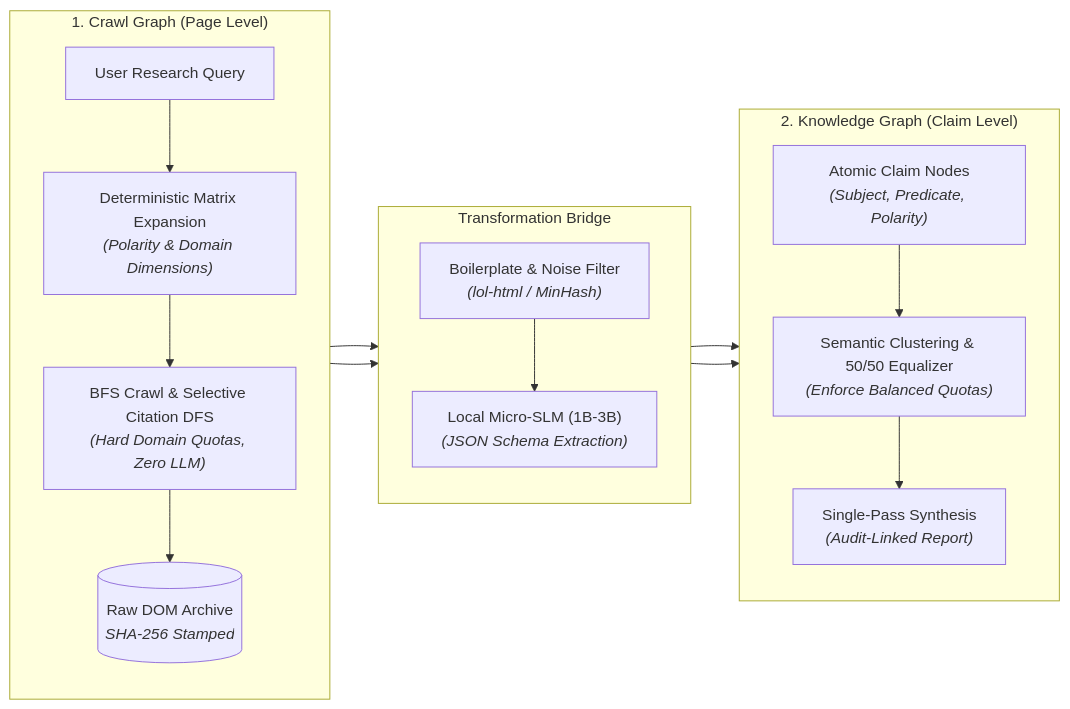
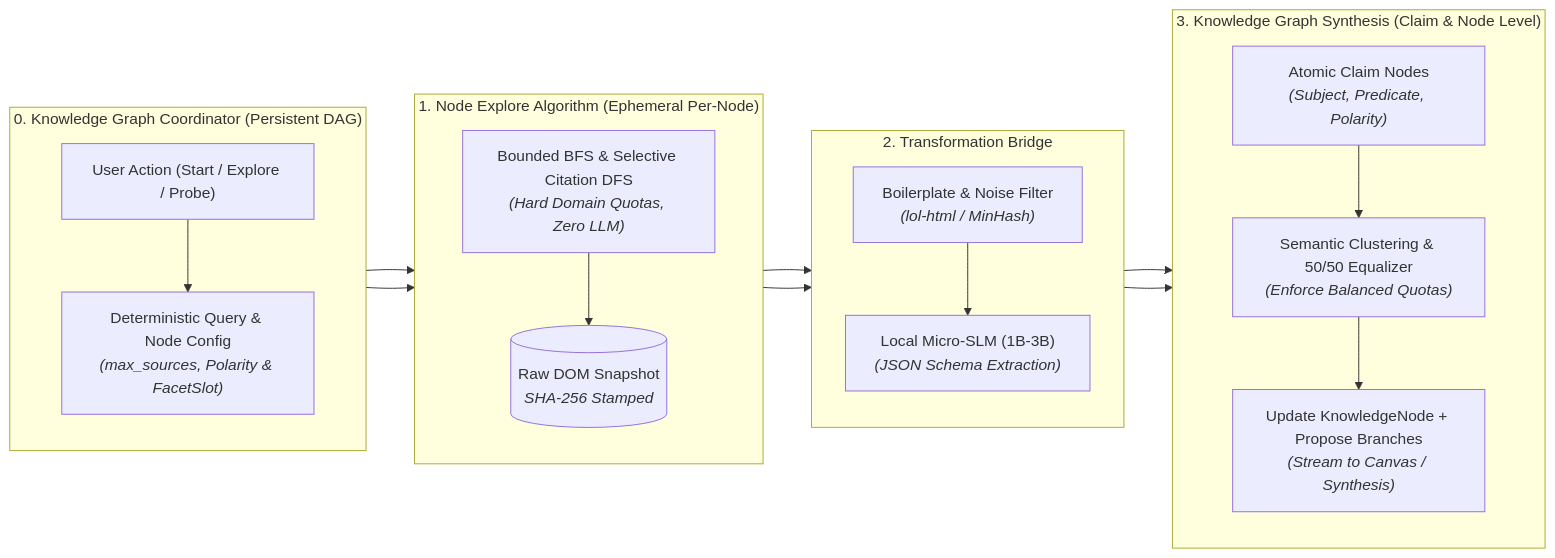
One commit to icedid/DumbDeepResearch changed the first of 2 diagrams in Docs/EngineArchitecture.md. Above: the diagram before and after it, drawn with Mermaid. The commit also changed other lines of this file and 32 other files, not shown here.

````diff
--- a/Docs/EngineArchitecture.md
+++ b/Docs/EngineArchitecture.md
@@ -86,24 +86,28 @@
 ```mermaid
 flowchart LR
-    subgraph G1 ["1. Crawl Graph (Page Level)"]
+    subgraph KG_Ctrl ["0. Knowledge Graph Coordinator (Persistent DAG)"]
         direction TB
-        Q["User Research Query"] --> EXP["Deterministic Matrix Expansion<br/><i>(Polarity & Domain Dimensions)</i>"]
-        EXP --> CRAWL["BFS Crawl & Selective Citation DFS<br/><i>(Hard Domain Quotas, Zero LLM)</i>"]
-        CRAWL --> DOM_AUDIT[("Raw DOM Archive<br/><i>SHA-256 Stamped</i>")]
+        Q["User Action (Start / Explore / Probe)"] --> EXP["Deterministic Query & Node Config<br/><i>(max_sources, Polarity & FacetSlot)</i>"]
     end
 
-    subgraph Bridge ["Transformation Bridge"]
+    subgraph G1 ["1. Node Explore Algorithm (Ephemeral Per-Node)"]
+        direction TB
+        EXP --> CRAWL["Bounded BFS & Selective Citation DFS<br/><i>(Hard Domain Quotas, Zero LLM)</i>"]
+        CRAWL --> DOM_AUDIT[("Raw DOM Snapshot<br/><i>SHA-256 Stamped</i>")]
+    end
+
+    subgraph Bridge ["2. Transformation Bridge"]
         direction TB
         DOM_AUDIT --> CLEAN["Boilerplate & Noise Filter<br/><i>(lol-html / MinHash)</i>"]
         CLEAN --> EXTRACT["Local Micro-SLM (1B-3B)<br/><i>(JSON Schema Extraction)</i>"]
     end
 
-    subgraph G2 ["2. Knowledge Graph (Claim Level)"]
+    subgraph G2 ["3. Knowledge Graph Synthesis (Claim & Node Level)"]
         direction TB
         EXTRACT --> CLAIMS["Atomic Claim Nodes<br/><i>(Subject, Predicate, Polarity)</i>"]
         CLAIMS --> CLUSTER["Semantic Clustering & 50/50 Equalizer<br/><i>(Enforce Balanced Quotas)</i>"]
-        CLUSTER --> SYNTH["Single-Pass Synthesis<br/><i>(Audit-Linked Report)</i>"]
+        CLUSTER --> UPDATE["Update KnowledgeNode + Propose Branches<br/><i>(Stream to Canvas / Synthesis)</i>"]
     end
 
-    G1 --> Bridge --> G2
+    KG_Ctrl --> G1 --> Bridge --> G2
 ```
````
